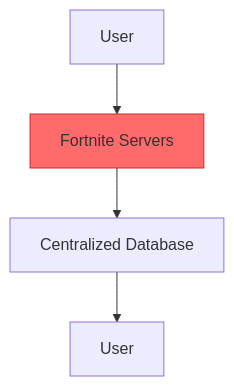
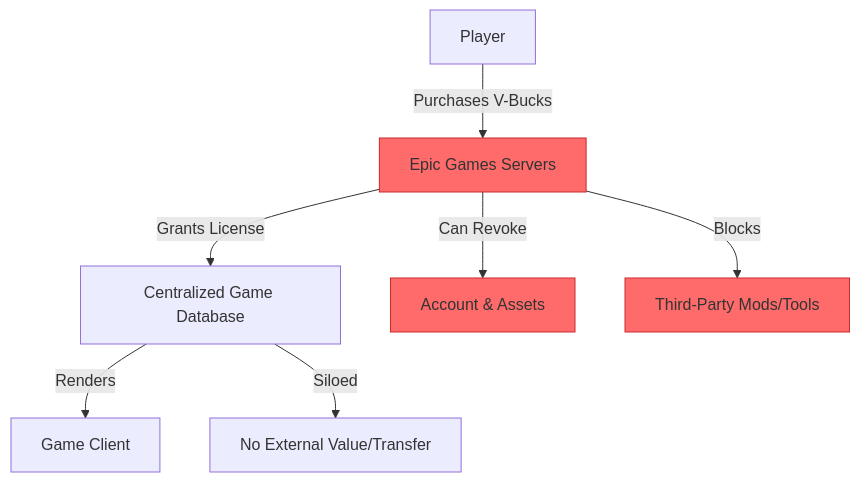
Before and after one commit to Elvatar2/Web2-To-Web3-Migration-Guide: the first of 2 diagrams in 09-gaming/02-fortnite-to-on-chain-games.md, drawn with Mermaid. The commit also changed other lines of this file, not shown here.

````diff
--- a/09-gaming/02-fortnite-to-on-chain-games.md
+++ b/09-gaming/02-fortnite-to-on-chain-games.md
@@ -52,8 +62,13 @@
 ```mermaid
 graph TB
-    A[User] --> B[Fortnite Servers]
-    B --> C[Centralized Database]
-    C --> D[User]
+    A[Player] -->|Purchases V-Bucks| B[Epic Games Servers]
+    B -->|Grants License| C[Centralized Game Database]
+    C -->|Renders| D[Game Client]
+    B -->|Can Revoke| E[Account & Assets]
+    B -->|Blocks| F[Third-Party Mods/Tools]
+    C -->|Siloed| G[No External Value/Transfer]
 
     style B fill:#ff6b6b,stroke:#c92a2a
+    style E fill:#ff6b6b,stroke:#c92a2a
+    style F fill:#ff6b6b,stroke:#c92a2a
 ```
````
